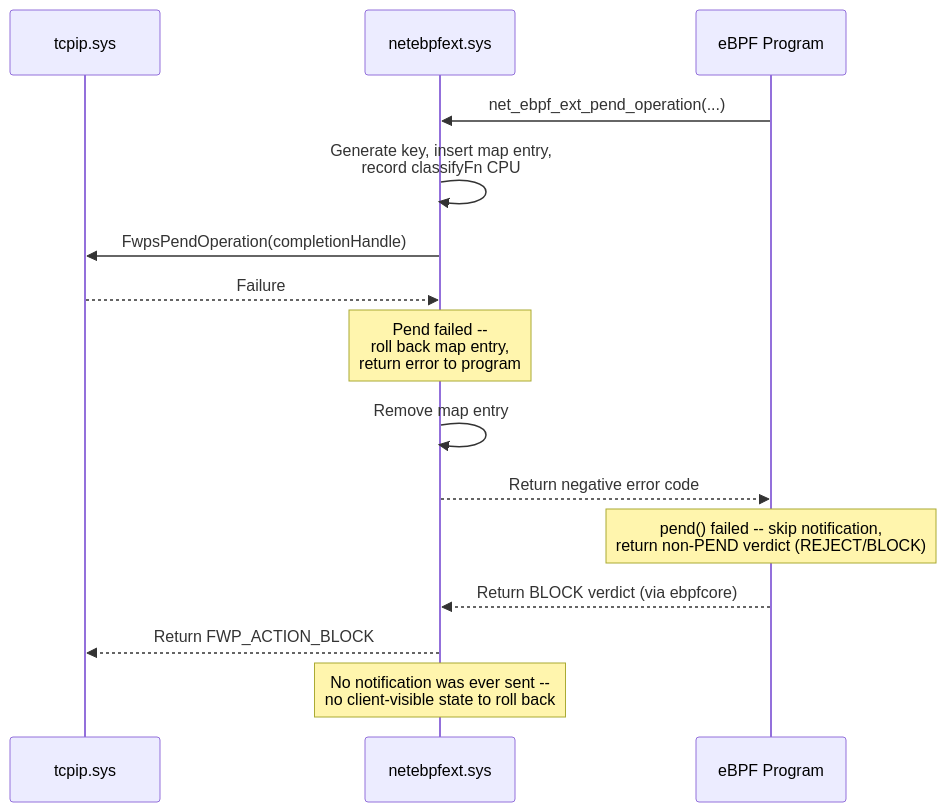
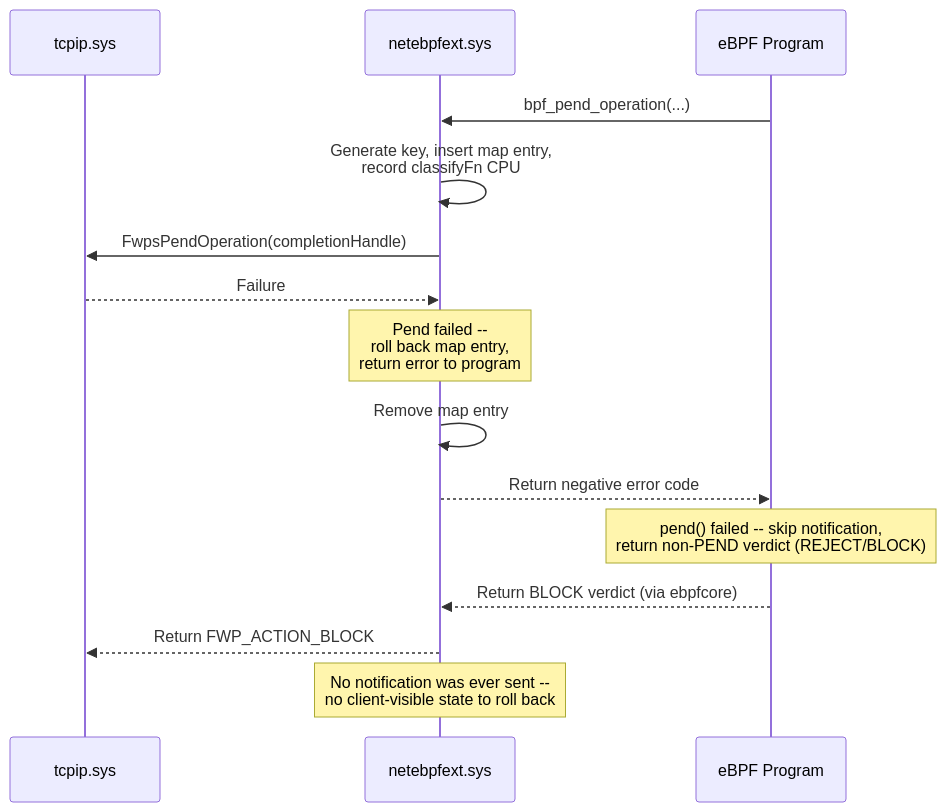
One commit to matthewige/ebpf-for-windows changed the fifth of 5 diagrams in docs/AsyncProcessing.md. Above: the diagram before and after it, drawn with Mermaid. The commit also changed other lines of this file, not shown here.

````diff
--- a/docs/AsyncProcessing.md
+++ b/docs/AsyncProcessing.md
@@ -726,21 +775,21 @@
 ```mermaid
 sequenceDiagram
     participant tcpip as tcpip.sys
     participant ebpfext as netebpfext.sys
     participant bpfprog as eBPF Program
 
-    bpfprog->>ebpfext: net_ebpf_ext_pend_operation(...)
+    bpfprog->>ebpfext: bpf_pend_operation(...)
     ebpfext->>ebpfext: Generate key, insert map entry,<br/>record classifyFn CPU
     ebpfext->>tcpip: FwpsPendOperation(completionHandle)
     tcpip-->>ebpfext: Failure
 
     Note over ebpfext: Pend failed --<br/>roll back map entry,<br/>return error to program
 
     ebpfext->>ebpfext: Remove map entry
     ebpfext-->>bpfprog: Return negative error code
 
     Note over bpfprog: pend() failed -- skip notification,<br/>return non-PEND verdict (REJECT/BLOCK)
     bpfprog-->>ebpfext: Return BLOCK verdict (via ebpfcore)
     ebpfext-->>tcpip: Return FWP_ACTION_BLOCK
     Note over ebpfext: No notification was ever sent --<br/>no client-visible state to roll back
 ```
````
